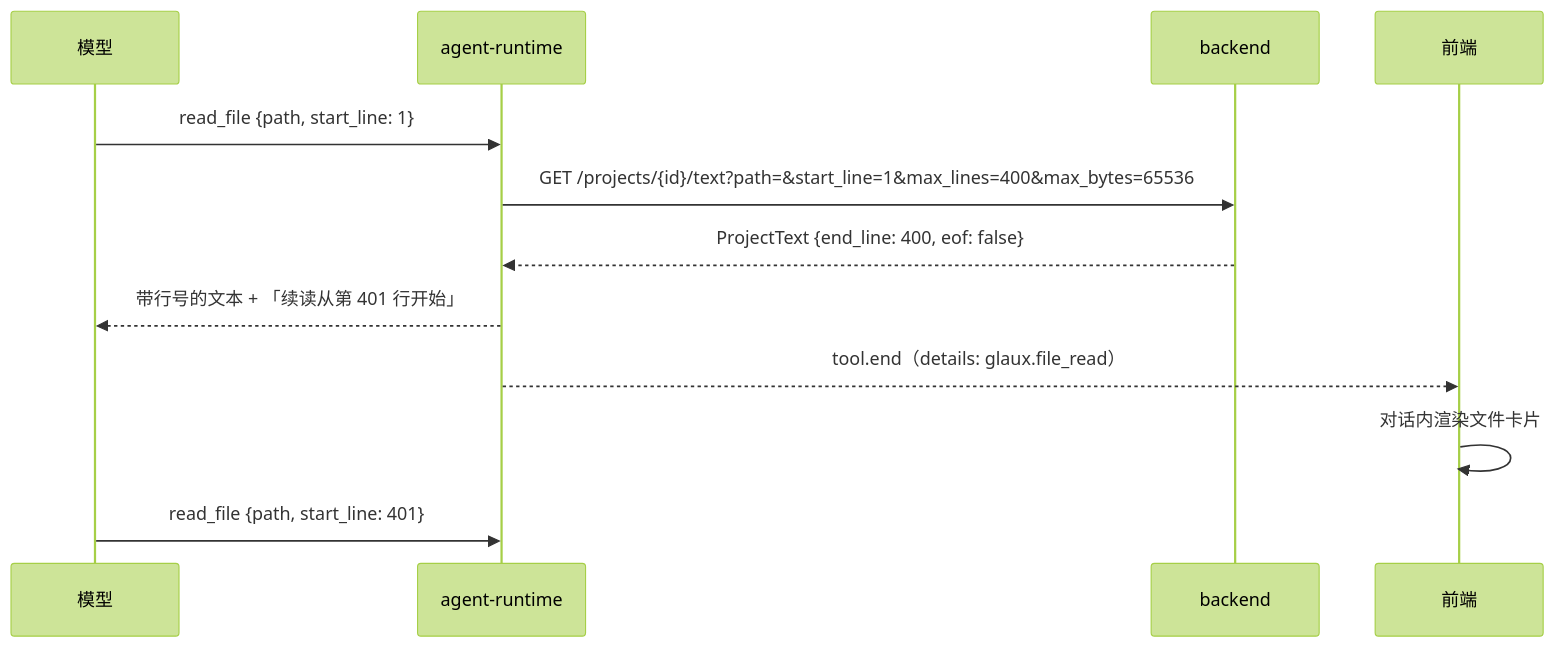
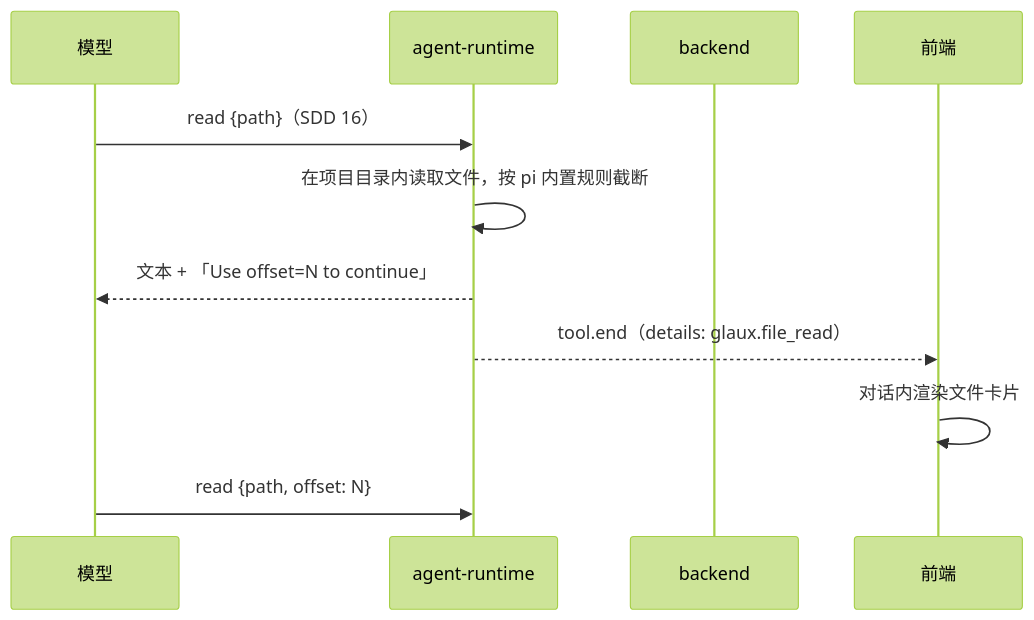
The second of 4 diagrams in docs/sdd/feats/14-project-text-preview/README.md (zhentai-sn/open-glaux), drawn with Mermaid (forest theme) before and after one commit. The commit also changed other lines of this file and 25 other files, not shown here.

````diff
--- a/docs/sdd/feats/14-project-text-preview/README.md
+++ b/docs/sdd/feats/14-project-text-preview/README.md
@@ -119,14 +119,13 @@
 ```mermaid
 sequenceDiagram
     participant M as 模型
     participant RT as agent-runtime
     participant BE as backend
     participant FE as 前端
-    M->>RT: read_file {path, start_line: 1}
-    RT->>BE: GET /projects/{id}/text?path=&start_line=1&max_lines=400&max_bytes=65536
-    BE-->>RT: ProjectText {end_line: 400, eof: false}
-    RT-->>M: 带行号的文本 + 「续读从第 401 行开始」
+    M->>RT: read {path}（SDD 16）
+    RT->>RT: 在项目目录内读取文件，按 pi 内置规则截断
+    RT-->>M: 文本 + 「Use offset=N to continue」
     RT-->>FE: tool.end（details: glaux.file_read）
     FE->>FE: 对话内渲染文件卡片
-    M->>RT: read_file {path, start_line: 401}
+    M->>RT: read {path, offset: N}
 ```
````
